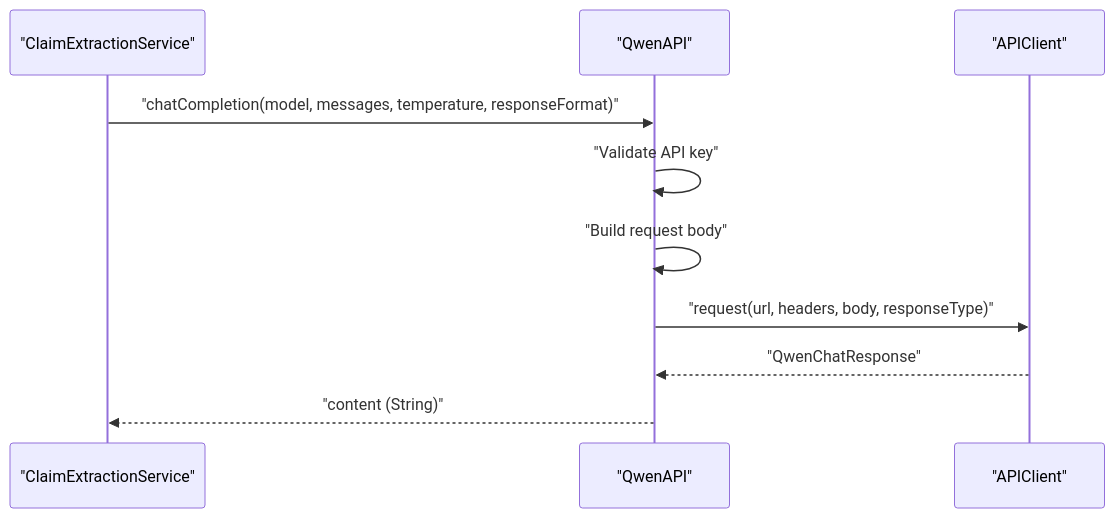
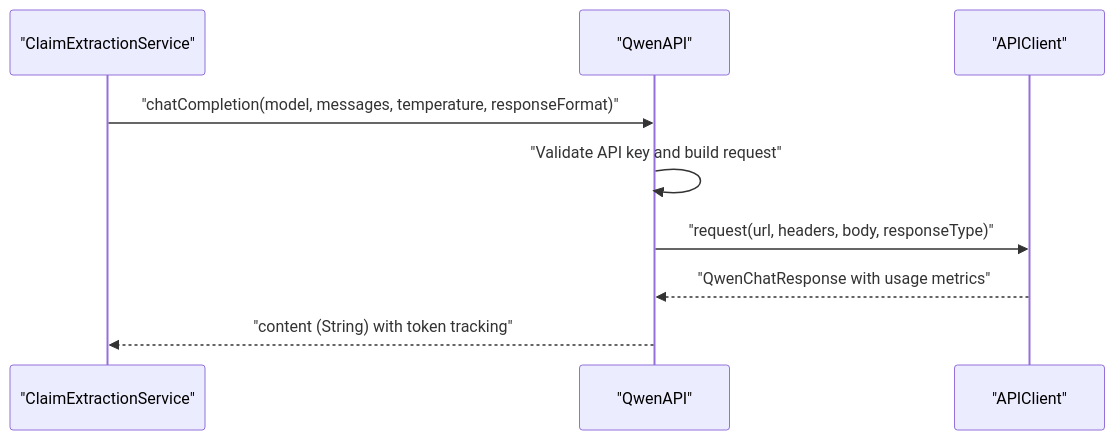
The fifth of 12 diagrams in .qoder/repowiki/en/content/Core Services/Claim Extraction.md (alexandreybasta-cyber/factshield-ios), drawn with Mermaid before and after one commit. The commit also changed other lines of this file and 97 other files, not shown here.

````diff
--- a/.qoder/repowiki/en/content/Core Services/Claim Extraction.md
+++ b/.qoder/repowiki/en/content/Core Services/Claim Extraction.md
@@ -219,12 +250,11 @@
 ```mermaid
 sequenceDiagram
 participant CE as "ClaimExtractionService"
 participant QW as "QwenAPI"
 participant AC as "APIClient"
 CE->>QW : "chatCompletion(model, messages, temperature, responseFormat)"
-QW->>QW : "Validate API key"
-QW->>QW : "Build request body"
+QW->>QW : "Validate API key and build request"
 QW->>AC : "request(url, headers, body, responseType)"
-AC-->>QW : "QwenChatResponse"
-QW-->>CE : "content (String)"
+AC-->>QW : "QwenChatResponse with usage metrics"
+QW-->>CE : "content (String) with token tracking"
 ```
````
